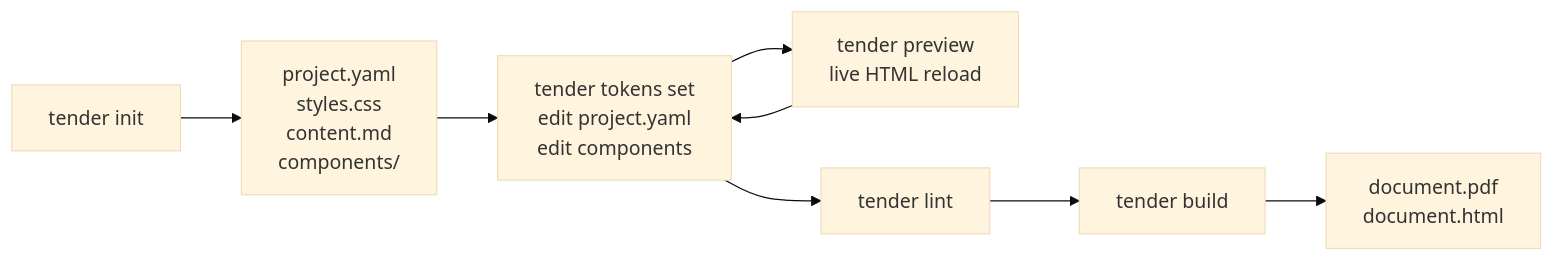
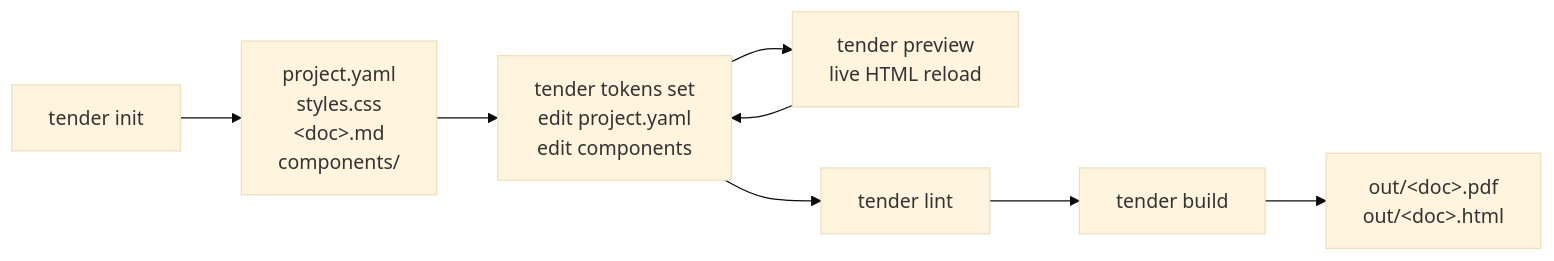
Before and after one commit to PossibleWorldsDotSpace/tender: the second of 3 diagrams in README.md, drawn with Mermaid (base theme). The commit also changed other lines of this file and 2 other files, not shown here.

First line of the commit message:
docs: multi-document projects across README, user-guide, skill

````diff
--- a/README.md
+++ b/README.md
@@ -39,10 +39,10 @@
 ```mermaid
 flowchart LR
-    A[tender init] --> B[project.yaml<br/>styles.css<br/>content.md<br/>components/]
+    A[tender init] --> B[project.yaml<br/>styles.css<br/>&lt;doc&gt;.md<br/>components/]
     B --> C[tender tokens set<br/>edit project.yaml<br/>edit components]
     C --> D[tender preview<br/>live HTML reload]
     D --> C
     C --> E[tender lint]
     E --> F[tender build]
-    F --> G[document.pdf<br/>document.html]
+    F --> G[out/&lt;doc&gt;.pdf<br/>out/&lt;doc&gt;.html]
 ```
````
